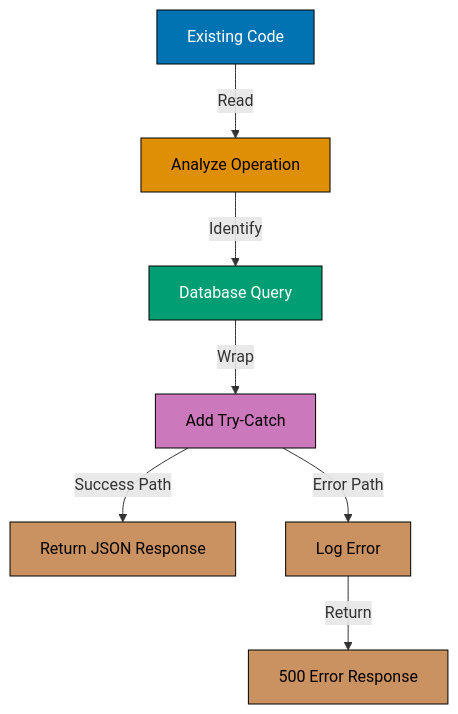
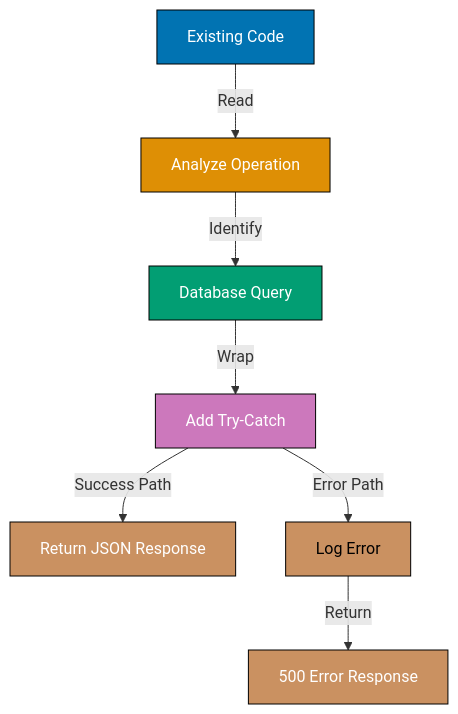
Before and after one commit to wahidyankf/open-sharia-enterprise: the sixth of 6 diagrams in apps/ayokoding-web/content/en/learn/software-engineering/automation-tools/claude-code/by-example/beginner.md, drawn with Mermaid. The commit also changed other lines of this file and 1 other file, not shown here.

First line of the commit message:
fix(ayokoding-web): remove invalid style commands from Mermaid sequence diagrams

````diff
--- a/apps/ayokoding-web/content/en/learn/software-engineering/automation-tools/claude-code/by-example/beginner.md
+++ b/apps/ayokoding-web/content/en/learn/software-engineering/automation-tools/claude-code/by-example/beginner.md
@@ -682,17 +672,17 @@
 ```mermaid
 graph TD
     A[Existing Code] -->|Read| B[Analyze Operation]
     B -->|Identify| C[Database Query]
     C -->|Wrap| D[Add Try-Catch]
     D -->|Success Path| E[Return JSON Response]
     D -->|Error Path| F[Log Error]
     F -->|Return| G[500 Error Response]
 
     style A fill:#0173B2,stroke:#000,color:#fff
-    style B fill:#DE8F05,stroke:#000,color:#000
+    style B fill:#DE8F05,stroke:#000,color:#fff
     style C fill:#029E73,stroke:#000,color:#fff
-    style D fill:#CC78BC,stroke:#000,color:#000
-    style E fill:#CA9161,stroke:#000,color:#000
+    style D fill:#CC78BC,stroke:#000,color:#fff
+    style E fill:#CA9161,stroke:#000,color:#fff
     style F fill:#CA9161,stroke:#000,color:#000
-    style G fill:#CA9161,stroke:#000,color:#000
+    style G fill:#CA9161,stroke:#000,color:#fff
 ```
````
